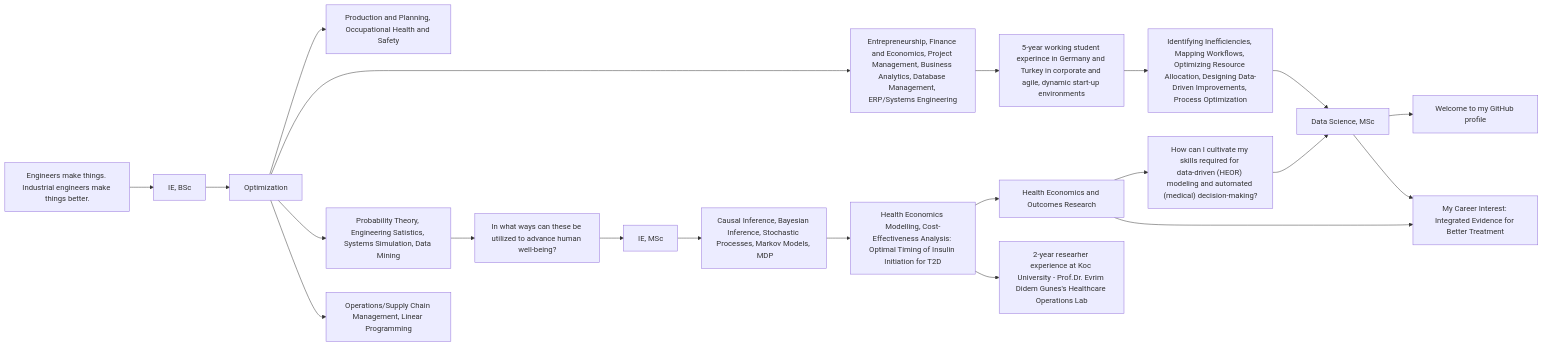
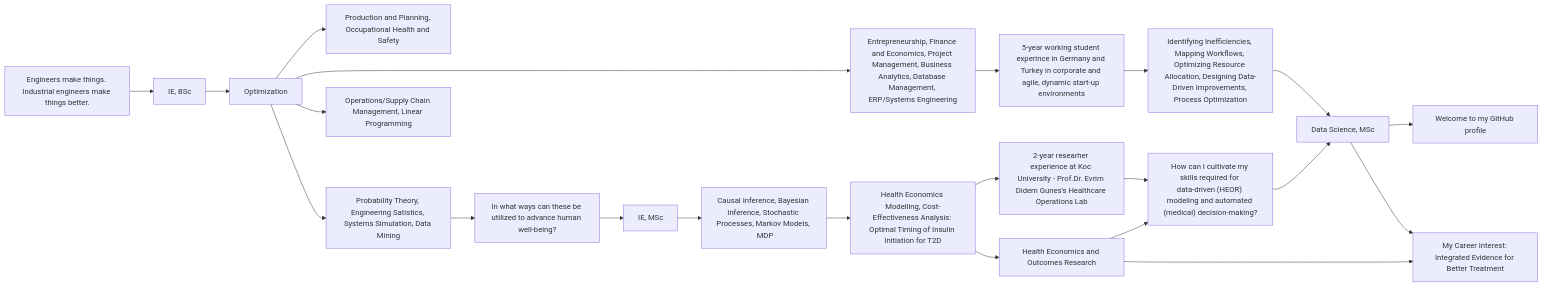
One commit to eminsin/eminsin changed the diagram in README.md. Above: the diagram before and after it, drawn with Mermaid.

Commit message:
Add transition from T to J in README flowchart

````diff
--- a/README.md
+++ b/README.md
@@ -55,23 +55,24 @@
 ```mermaid
 graph LR
     A["Engineers make things. Industrial engineers make things better."] --> B["IE, BSc"];
     B --> S["Optimization"]
     S --> C["Production and Planning, Occupational Health and Safety"];
     S --> D["Entrepreneurship, Finance and Economics, Project Management, Business Analytics, Database Management, ERP/Systems Engineering"];
     D --> M["5-year working student experince in Germany and Turkey in corporate and agile, dynamic start-up environments"];
     M --> R["Identifying Inefficiencies, Mapping Workflows, Optimizing Resource Allocation, Designing Data-Driven Improvements, Process Optimization"]
     S --> E["Probability Theory, Engineering Satistics, Systems Simulation, Data Mining"];
     S --> F["Operations/Supply Chain Management, Linear Programming"];
     E --> G["In what ways can these be utilized to advance human well‑being?"];
     G --> H["IE, MSc"];
     H --> I["Causal Inference, Bayesian Inference, Stochastic Processes, Markov Models,  MDP"];
     I --> O["Health Economics Modelling, Cost-Effectiveness Analysis: Optimal Timing of Insulin Initiation for T2D"];
     O --> N["Health Economics and Outcomes Research"];
     O --> T["2-year researher experience at Koc University - Prof.Dr. Evrim Didem Gunes's Healthcare Operations Lab"];
     N --> J["How can I cultivate my skills required for data‑driven (HEOR) modeling and automated (medical) decision‑making?"];
+    T --> J;
     J --> K["Data Science, MSc"];
     K --> L["Welcome to my GitHub profile"];
     N --> P["My Career Interest: Integrated Evidence for Better Treatment"];
     K --> P;
     R --> K;
 ```
````
